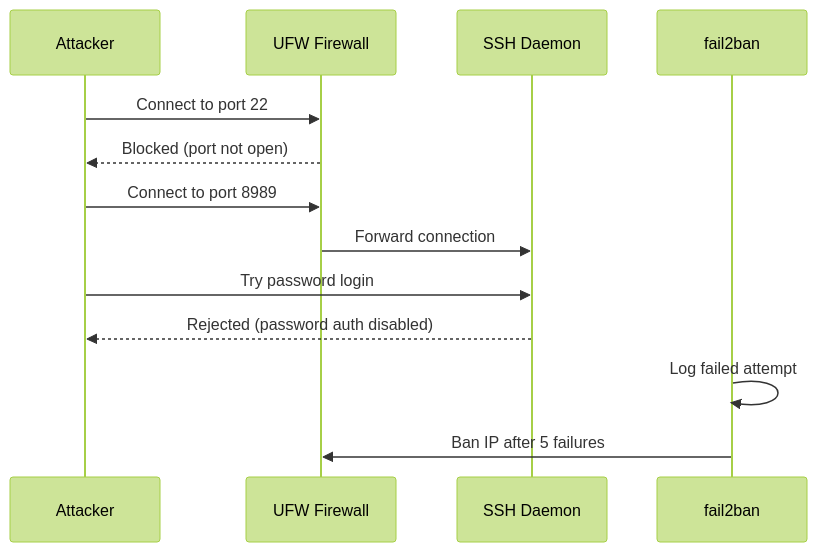
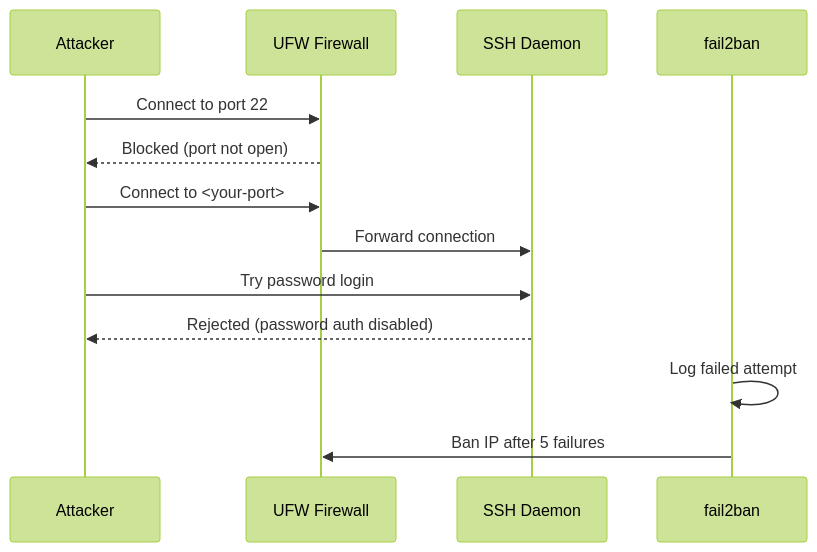
One commit to shubhamkokul/linux-game-server-setup changed the second of 4 diagrams in README.md. Above: the diagram before and after it, drawn with Mermaid (forest theme). The commit also changed other lines of this file, not shown here.

Commit message:
Replace real port and IP with placeholders in public README

````diff
--- a/README.md
+++ b/README.md
@@ -49,17 +49,17 @@
 ```mermaid
 sequenceDiagram
     participant A as Attacker
     participant F as UFW Firewall
     participant S as SSH Daemon
     participant B as fail2ban
 
     A->>F: Connect to port 22
     F-->>A: Blocked (port not open)
 
-    A->>F: Connect to port 8989
+    A->>F: Connect to <your-port>
     F->>S: Forward connection
     A->>S: Try password login
     S-->>A: Rejected (password auth disabled)
     B->>B: Log failed attempt
     B->>F: Ban IP after 5 failures
 ```
````
